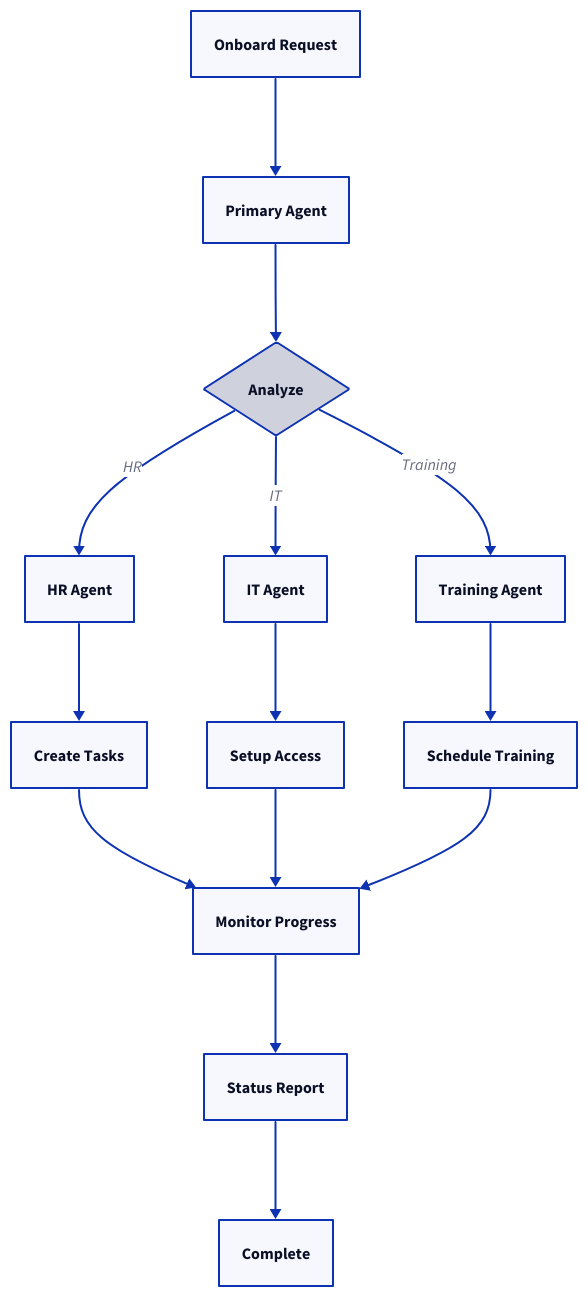
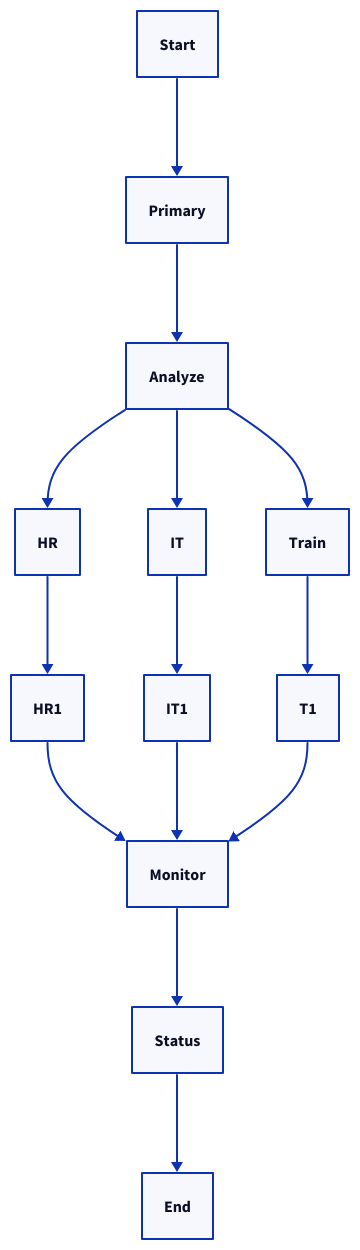
Before and after one commit to tallyfy/documentation: the second of 3 diagrams in src/content/docs/pro/integrations/mcp-server/microsoft-copilot-studio/index.mdx, drawn with D2. The commit also changed other lines of this file and 605 other files, not shown here.

````diff
--- a/src/content/docs/pro/integrations/mcp-server/microsoft-copilot-studio/index.mdx
+++ b/src/content/docs/pro/integrations/mcp-server/microsoft-copilot-studio/index.mdx
@@ -89,45 +83,25 @@
 ```d2
-Analyze: "Analyze"
-End: "End"
-HR: "HR"
-HR1: "HR1"
-IT: "IT"
-IT1: "IT1"
-Monitor: "Monitor"
-Primary: "Primary"
-Start: "Start"
-Status: "Status"
-T1: "T1"
-Train: "Train"
-Start: Onboard Request {shape: rectangle}
-Primary: Primary Agent {shape: rectangle}
-Analyze: Analyze {shape: diamond}
-HR: HR Agent {shape: rectangle}
-IT: IT Agent {shape: rectangle}
-Train: Training Agent {shape: rectangle}
-HR1: Create Tasks {shape: rectangle}
-IT1: Setup Access {shape: rectangle}
-T1: Schedule Training {shape: rectangle}
-Monitor: Monitor Progress {shape: rectangle}
-Status: Status Report {shape: rectangle}
-End: Complete {shape: rectangle}
-
+Analyze: Analyze
+End: End
+HR: HR
+HR1: HR1
+IT: IT
+IT1: IT1
+Monitor: Monitor
+Primary: Primary
+Start: Start
+Status: Status
 Start -> Primary
 Primary -> Analyze
-
-Analyze -> HR: HR
-Analyze -> IT: IT
-Analyze -> Train: Training
-
+Analyze -> HR
+Analyze -> IT
+Analyze -> Train
 HR -> HR1
 IT -> IT1
 Train -> T1
-
 HR1 -> Monitor
 IT1 -> Monitor
 T1 -> Monitor
-
 Monitor -> Status
 Status -> End
-
 ```
````
